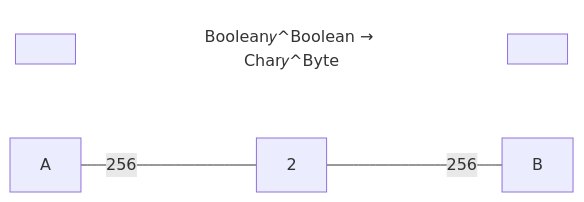
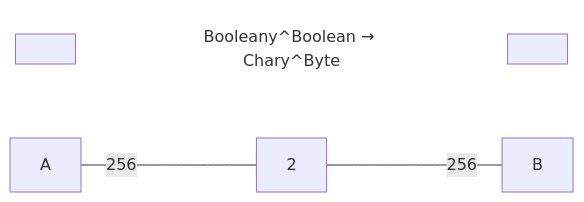
One commit to julianpeeters/polynomial changed the third of 4 diagrams in README.md. Above: the diagram before and after it, drawn with Mermaid. The commit also changed other lines of this file and 1 other file, not shown here.

Commit message:
Update README for github mermaid rendering

````diff
--- a/README.md
+++ b/README.md
@@ -129,9 +129,9 @@
 ```mermaid
 graph LR;
-  TitleStart[ ]:::hidden~~~TitleBody[Boolean𝑦^Boolean → Char𝑦^Byte]:::title~~~TitleEnd[ ]:::hidden
+  TitleStart[ ]:::hidden~~~TitleBody[Booleany^Boolean → Chary^Byte]:::title~~~TitleEnd[ ]:::hidden
   A:::hidden---|256|S[2]---|256|B:::hidden;
 
 classDef empty fill:background;
 classDef point width:0px, height:0px;
 classDef title stroke-width:0px, fill:background;
 ```
````
